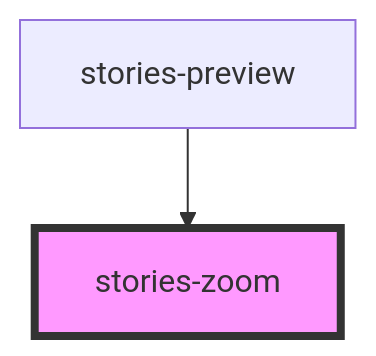
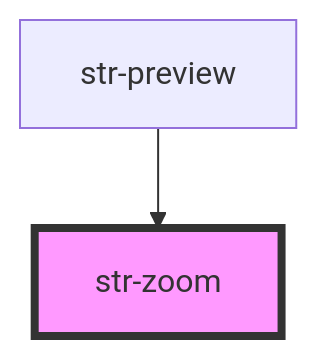
Before and after one commit to storiesjs/stories: the diagram in packages/core/src/components/zoom/readme.md, drawn with Mermaid. The commit also changed other lines of this file and 221 other files, not shown here.

Commit message:
Stories prefix rename to str

````diff
--- a/packages/core/src/components/zoom/readme.md
+++ b/packages/core/src/components/zoom/readme.md
@@ -22,5 +22,5 @@
 ```mermaid
 graph TD;
-  stories-preview --> stories-zoom
-  style stories-zoom fill:#f9f,stroke:#333,stroke-width:4px
+  str-preview --> str-zoom
+  style str-zoom fill:#f9f,stroke:#333,stroke-width:4px
 ```
````
